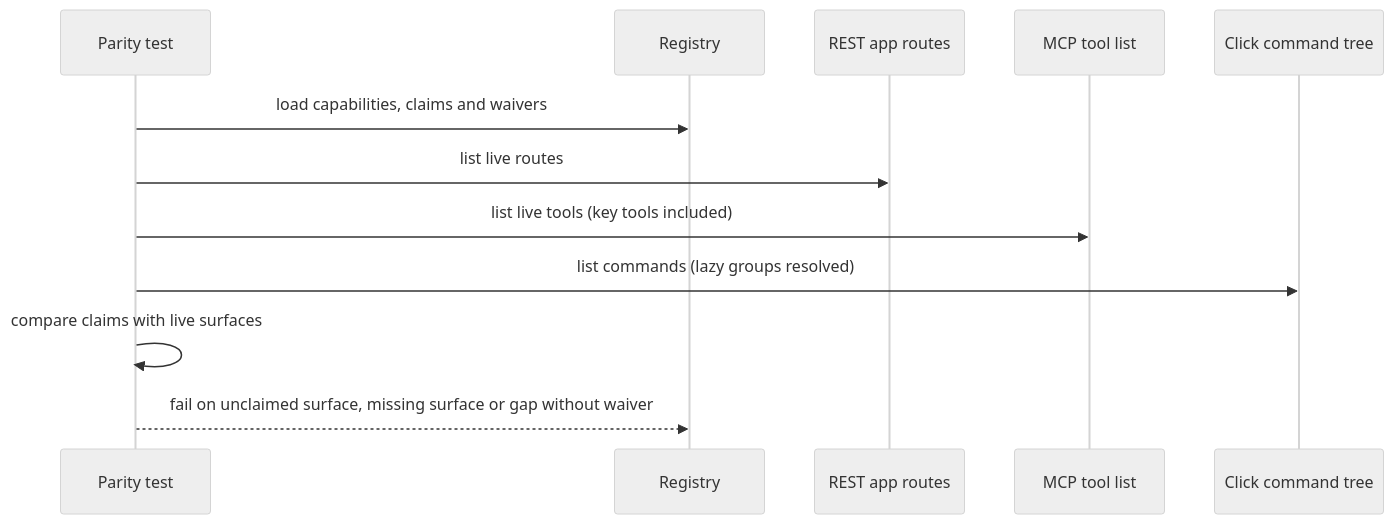
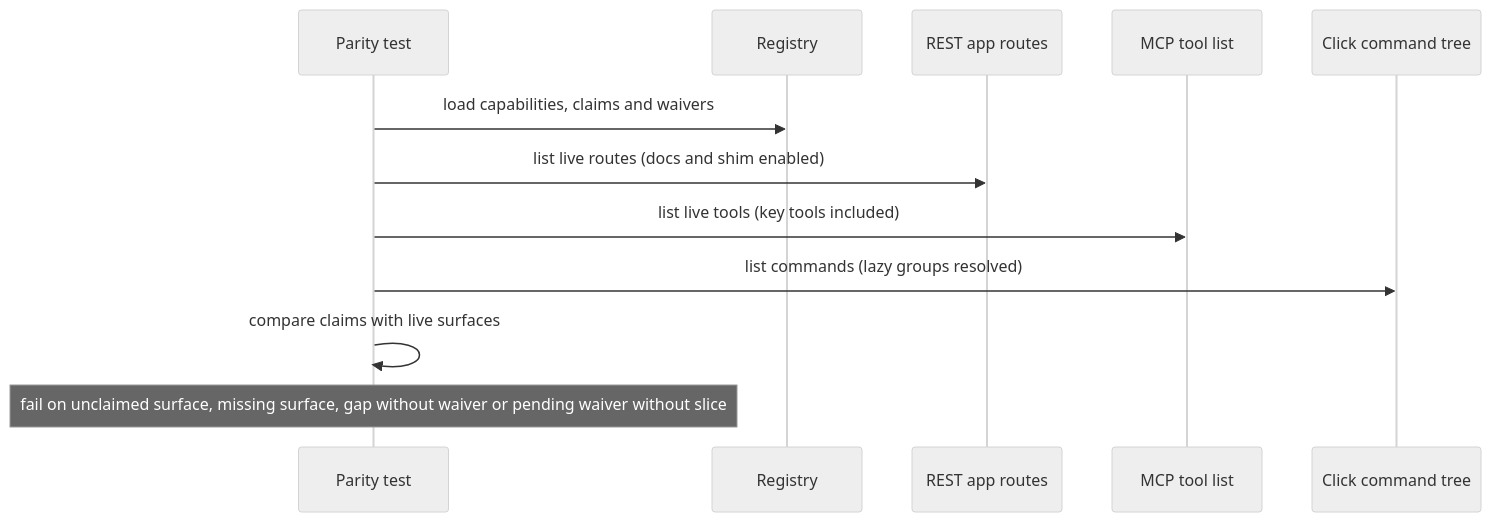
Before and after one commit to user538295/archon-search: the fourth of 4 diagrams in Documentation/Backlog/interface-parity/00_service_layer_foundation-team-plan.md, drawn with Mermaid (neutral theme). The commit also changed other lines of this file and 7 other files, not shown here.

````diff
--- a/Documentation/Backlog/interface-parity/00_service_layer_foundation-team-plan.md
+++ b/Documentation/Backlog/interface-parity/00_service_layer_foundation-team-plan.md
@@ -285,15 +296,15 @@
 ```mermaid
 sequenceDiagram
   participant T as Parity test
   participant R as Registry
   participant REST as REST app routes
   participant MCPT as MCP tool list
   participant CLI as Click command tree
 
   T->>R: load capabilities, claims and waivers
-  T->>REST: list live routes
+  T->>REST: list live routes (docs and shim enabled)
   T->>MCPT: list live tools (key tools included)
   T->>CLI: list commands (lazy groups resolved)
   T->>T: compare claims with live surfaces
-  T-->>R: fail on unclaimed surface, missing surface or gap without waiver
+  Note over T: fail on unclaimed surface, missing surface, gap without waiver or pending waiver without slice
 ```
````
